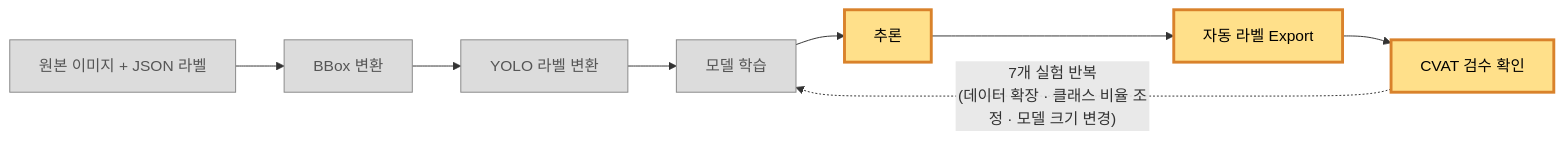
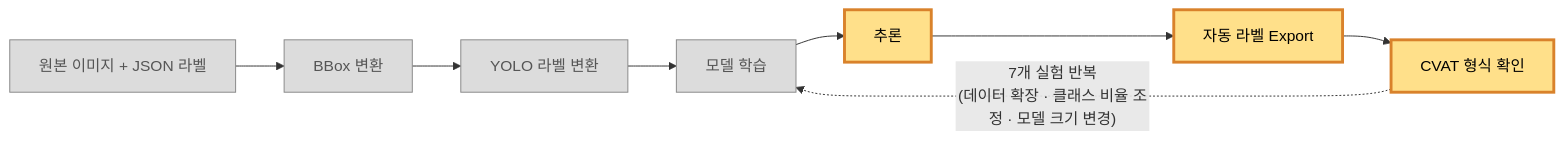
One commit to startcoriny/defect_detection_ai_poc changed the diagram in demo/live_demo_script.md. Above: the diagram before and after it, drawn with Mermaid. The commit also changed other lines of this file, not shown here.

````diff
--- a/demo/live_demo_script.md
+++ b/demo/live_demo_script.md
@@ -13,15 +17,15 @@
 ```mermaid
 flowchart LR
     A["원본 이미지 + JSON 라벨"] --> B["BBox 변환"]
     B --> C["YOLO 라벨 변환"]
     C --> D["모델 학습"]
     D --> E["추론"]
     E --> F["자동 라벨 Export"]
-    F --> G["CVAT 검수 확인"]
+    F --> G["CVAT 형식 확인"]
     G -. "7개 실험 반복<br/>(데이터 확장 · 클래스 비율 조정 · 모델 크기 변경)" .-> D
 
     classDef done fill:#dcdcdc,stroke:#888888,color:#555555;
     classDef live fill:#ffe08a,stroke:#d9822b,stroke-width:3px,color:#000000;
     class A,B,C,D done
     class E,F,G live
 ```
````
